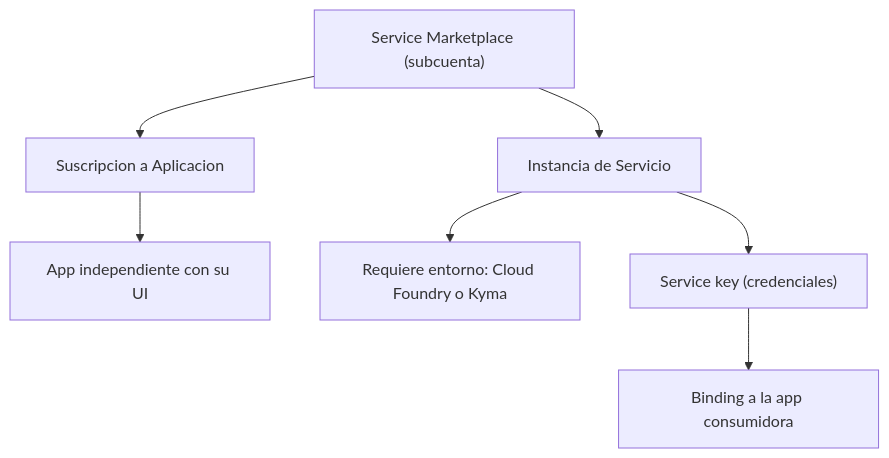
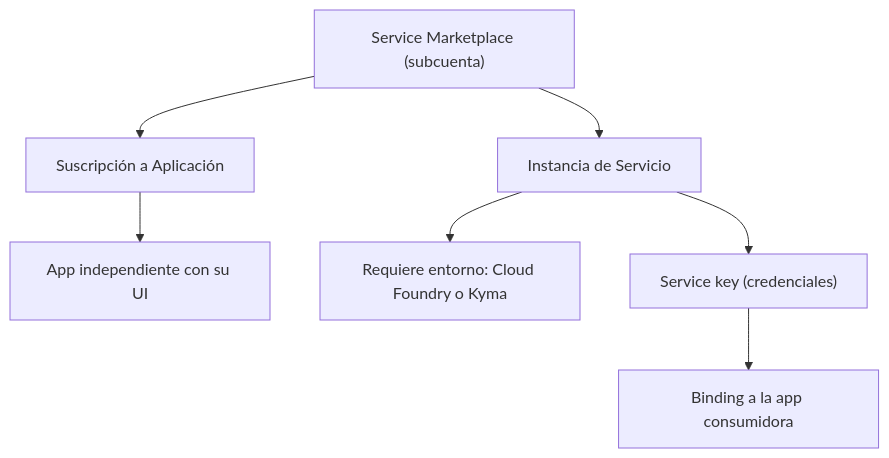
Before and after one commit to logalitech/blog-content: the diagram in es/btp-admin-subscriptions-instancias.mdx, drawn with Mermaid. The commit also changed other lines of this file and 49 other files, not shown here.

````diff
--- a/es/btp-admin-subscriptions-instancias.mdx
+++ b/es/btp-admin-subscriptions-instancias.mdx
@@ -31,10 +31,10 @@
 ```mermaid
 flowchart TD
   SM["Service Marketplace (subcuenta)"]
-  SM --> SUB["Suscripcion a Aplicacion"]
+  SM --> SUB["Suscripción a Aplicación"]
   SM --> INST["Instancia de Servicio"]
   SUB --> APPUI["App independiente con su UI"]
   INST --> ENV["Requiere entorno: Cloud Foundry o Kyma"]
   INST --> KEY["Service key (credenciales)"]
   KEY --> BIND["Binding a la app consumidora"]
 ```
````
